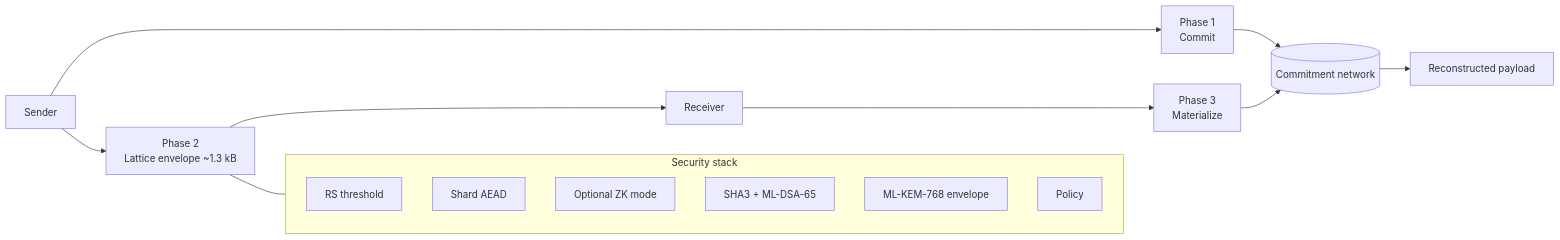
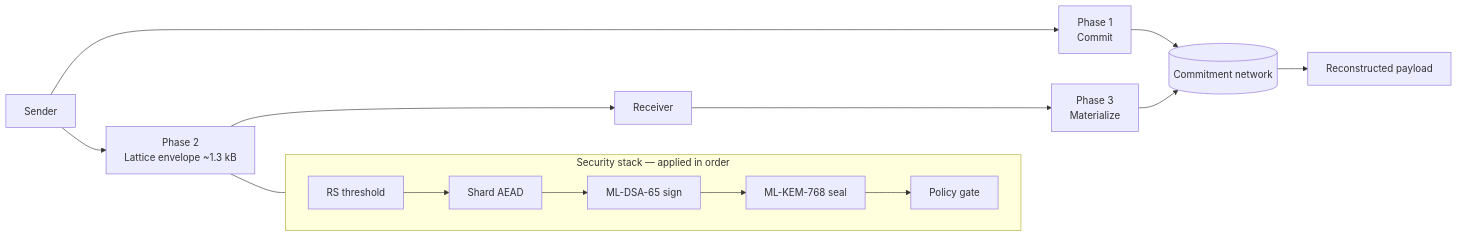
The first of 10 diagrams in docs/visuals/README.md (nanofaxcopy/suwappu-lattice-protocol), drawn with Mermaid before and after one commit. The commit also changed other lines of this file and 10 other files, not shown here.

````diff
--- a/docs/visuals/README.md
+++ b/docs/visuals/README.md
@@ -13,19 +25,16 @@
 ```mermaid
 flowchart LR
   Sender[Sender] --> Commit[Phase 1<br/>Commit]
   Commit --> Network[(Commitment network)]
   Sender --> Lattice[Phase 2<br/>Lattice envelope ~1.3 kB]
   Lattice --> Receiver[Receiver]
   Receiver --> Materialize[Phase 3<br/>Materialize]
   Materialize --> Network
   Network --> Output[Reconstructed payload]
-  subgraph Security[Security stack]
-    S1[RS threshold]
-    S2[Shard AEAD]
-    S3[Optional ZK mode]
-    S4[SHA3 + ML-DSA-65]
-    S5[ML-KEM-768 envelope]
-    S6[Policy]
+  subgraph Security[Security stack — applied in order]
+    direction LR
+    S1[RS threshold] --> S2[Shard AEAD] --> S3[ML-DSA-65 sign]
+    S3 --> S4[ML-KEM-768 seal] --> S5[Policy gate]
   end
-  Lattice --- Security
+  Lattice --- S1
 ```
````
